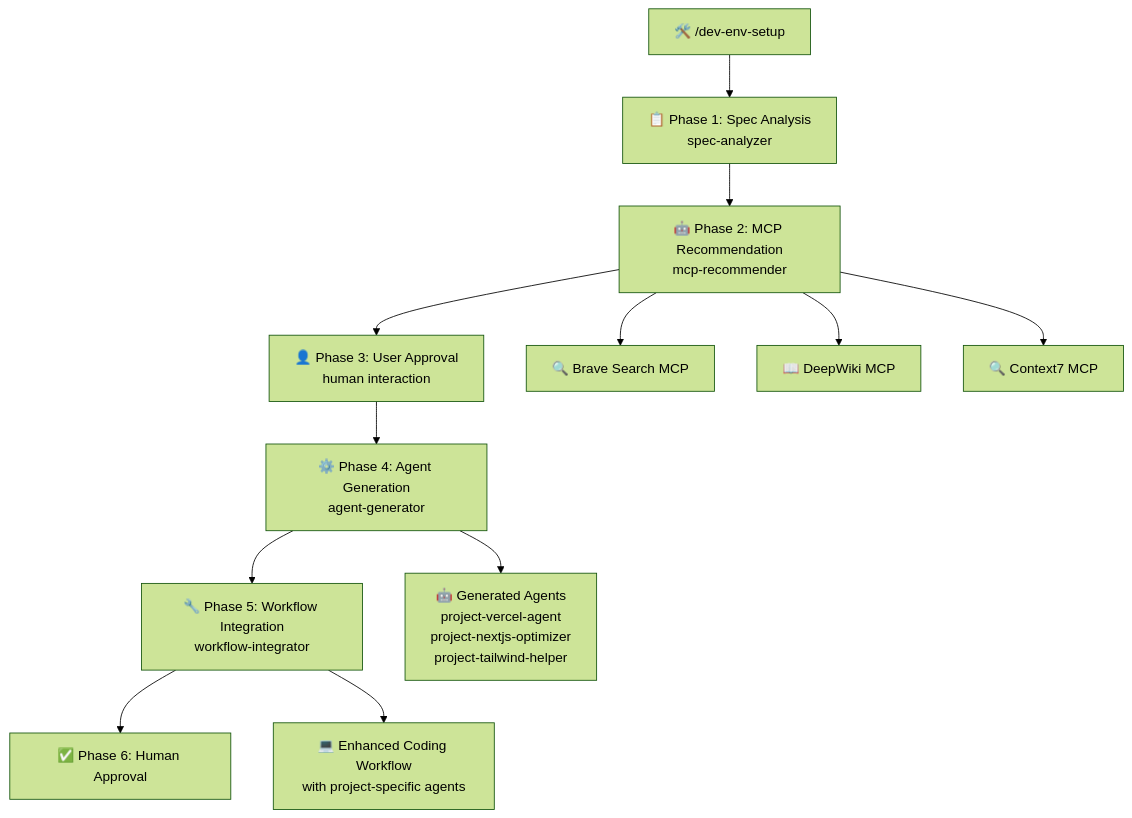
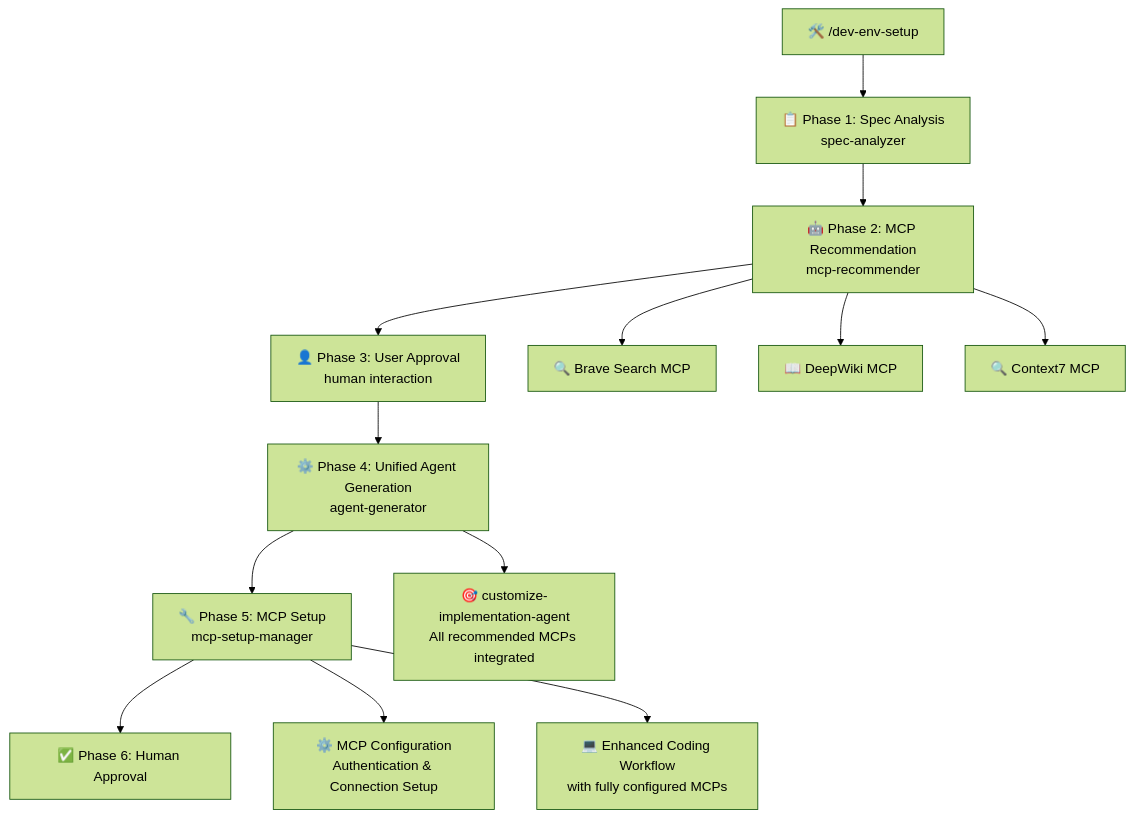
The third of 10 diagrams in docs/design/ARCHITECTURE.md (s-hiraoku/b2b-design-system), drawn with Mermaid (forest theme) before and after one commit. The commit also changed other lines of this file, not shown here.

Commit message:
ARCHITECTURE.mdのDevelopment Environment Setup Workflowの説明を更新し、統合MCP実装エージェントの構築プロセスを明確化

````diff
--- a/docs/design/ARCHITECTURE.md
+++ b/docs/design/ARCHITECTURE.md
@@ -78,20 +78,21 @@
 ```mermaid
 graph TD
     DevEnvMain[🛠️ /dev-env-setup] --> Phase1[📋 Phase 1: Spec Analysis<br/>spec-analyzer]
     Phase1 --> Phase2[🤖 Phase 2: MCP Recommendation<br/>mcp-recommender]  
     Phase2 --> Phase3[👤 Phase 3: User Approval<br/>human interaction]
-    Phase3 --> Phase4[⚙️ Phase 4: Agent Generation<br/>agent-generator]
-    Phase4 --> Phase5[🔧 Phase 5: Workflow Integration<br/>workflow-integrator]
+    Phase3 --> Phase4[⚙️ Phase 4: Unified Agent Generation<br/>agent-generator]
+    Phase4 --> Phase5[🔧 Phase 5: MCP Setup<br/>mcp-setup-manager]
     Phase5 --> ApprovalDev[✅ Phase 6: Human Approval]
     
     %% MCP Integrations
     Phase2 --> BraveSearch[🔍 Brave Search MCP]
     Phase2 --> DeepWiki[📖 DeepWiki MCP]
     Phase2 --> Context7[🔍 Context7 MCP]
     
-    %% Dynamic Agent Generation
-    Phase4 --> GeneratedAgents[🤖 Generated Agents<br/>project-vercel-agent<br/>project-nextjs-optimizer<br/>project-tailwind-helper]
+    %% Agent Generation and MCP Setup
+    Phase4 --> UnifiedAgent[🎯 customize-implementation-agent<br/>All recommended MCPs integrated]
+    Phase5 --> MCPSetup[⚙️ MCP Configuration<br/>Authentication & Connection Setup]
     
     %% Integration Output
-    Phase5 --> EnhancedCoding[💻 Enhanced Coding Workflow<br/>with project-specific agents]
+    Phase5 --> EnhancedCoding[💻 Enhanced Coding Workflow<br/>with fully configured MCPs]
 ```
````
